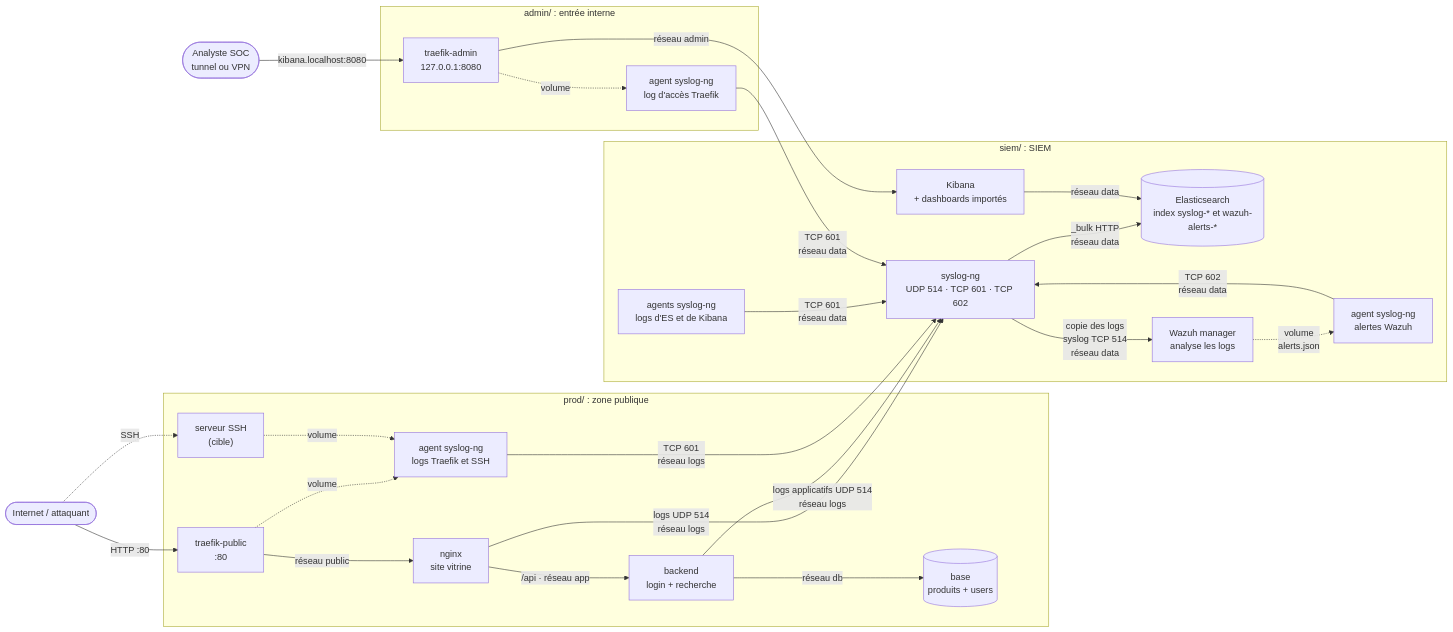
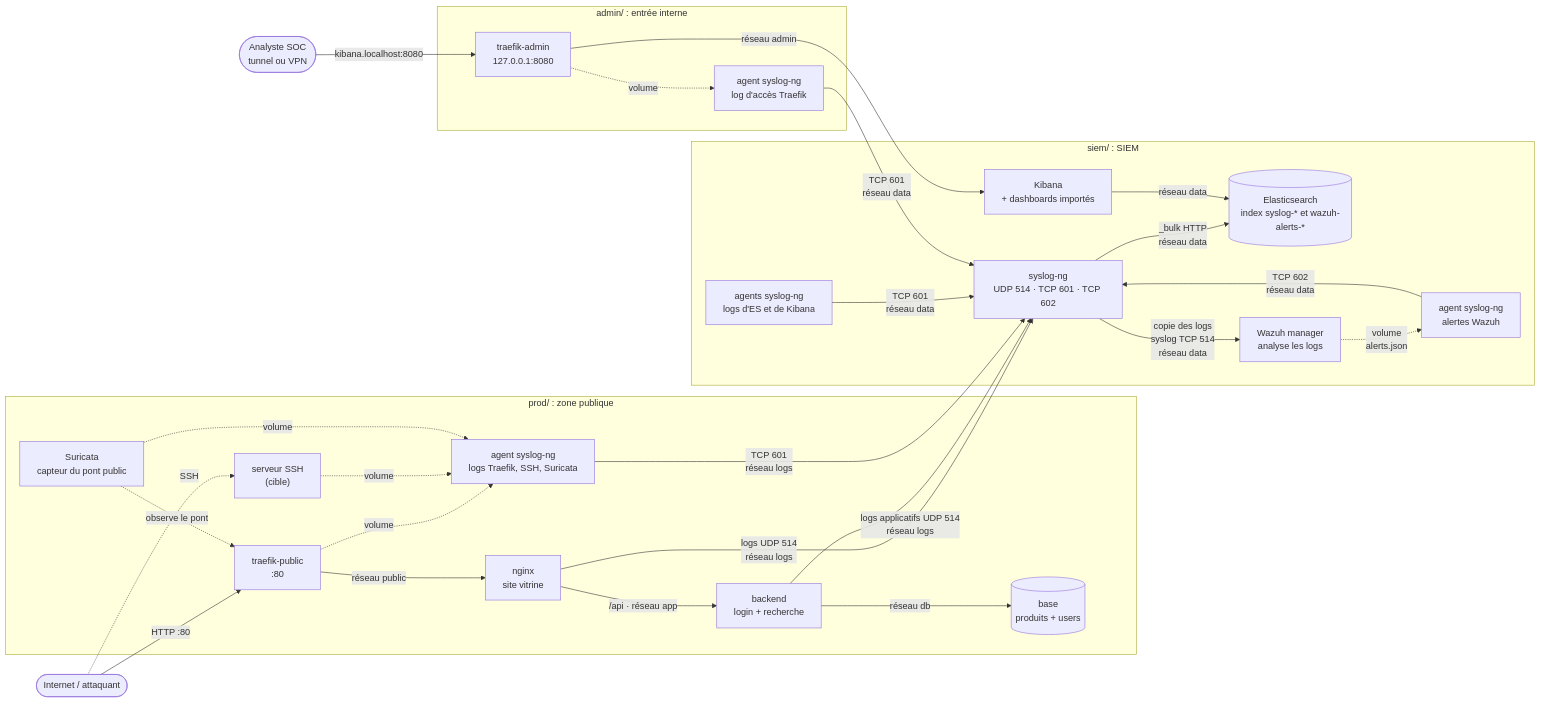
The diagram in architecture.mmd (SiafroD/8inf857projet1), drawn with Mermaid before and after one commit. The commit also changed 4 other files, not shown here.

First line of the commit message:
feat(prod): Suricata sensor on the public bridge

```diff
--- a/architecture.mmd
+++ b/architecture.mmd
@@ -1,48 +1,51 @@
 flowchart LR
     Attaquant([Internet / attaquant])
     Analyste([Analyste SOC<br/>tunnel ou VPN])
 
     subgraph prod["prod/ : zone publique"]
         TP["traefik-public<br/>:80"]
         NG["nginx<br/>site vitrine"]
         BK["backend<br/>login + recherche"]
         DB[("base<br/>produits + users")]
         SSH["serveur SSH<br/>(cible)"]
-        APub["agent syslog-ng<br/>logs Traefik et SSH"]
+        SUR["Suricata<br/>capteur du pont public"]
+        APub["agent syslog-ng<br/>logs Traefik, SSH, Suricata"]
     end
 
     subgraph admin["admin/ : entrée interne"]
         TA["traefik-admin<br/>127.0.0.1:8080"]
         AAdm["agent syslog-ng<br/>log d'accès Traefik"]
     end
 
     subgraph siem["siem/ : SIEM"]
         SL["syslog-ng<br/>UDP 514 · TCP 601 · TCP 602"]
         ES[("Elasticsearch<br/>index syslog-* et wazuh-alerts-*")]
         KB["Kibana<br/>+ dashboards importés"]
         AG["agents syslog-ng<br/>logs d'ES et de Kibana"]
         WZ["Wazuh manager<br/>analyse les logs"]
         AWZ["agent syslog-ng<br/>alertes Wazuh"]
     end
 
     %% Chaque flèche nomme le réseau qu'elle emprunte ; aucun autre chemin entre zones.
     Attaquant -->|"HTTP :80"| TP
     Attaquant -.->|"SSH"| SSH
     TP -->|"réseau public"| NG
     NG -->|"/api · réseau app"| BK
     BK -->|"réseau db"| DB
     NG -->|"logs UDP 514<br/>réseau logs"| SL
     BK -->|"logs applicatifs UDP 514<br/>réseau logs"| SL
     AG -->|"TCP 601<br/>réseau data"| SL
     TP -.->|"volume"| APub
     SSH -.->|"volume"| APub
+    SUR -.->|"volume"| APub
+    SUR -.->|"observe le pont"| TP
     APub -->|"TCP 601<br/>réseau logs"| SL
     TA -.->|"volume"| AAdm
     AAdm -->|"TCP 601<br/>réseau data"| SL
     SL -->|"_bulk HTTP<br/>réseau data"| ES
     KB -->|"réseau data"| ES
     Analyste -->|"kibana.localhost:8080"| TA
     TA -->|"réseau admin"| KB
     SL -->|"copie des logs<br/>syslog TCP 514<br/>réseau data"| WZ
     WZ -.->|"volume<br/>alerts.json"| AWZ
     AWZ -->|"TCP 602<br/>réseau data"| SL
```
